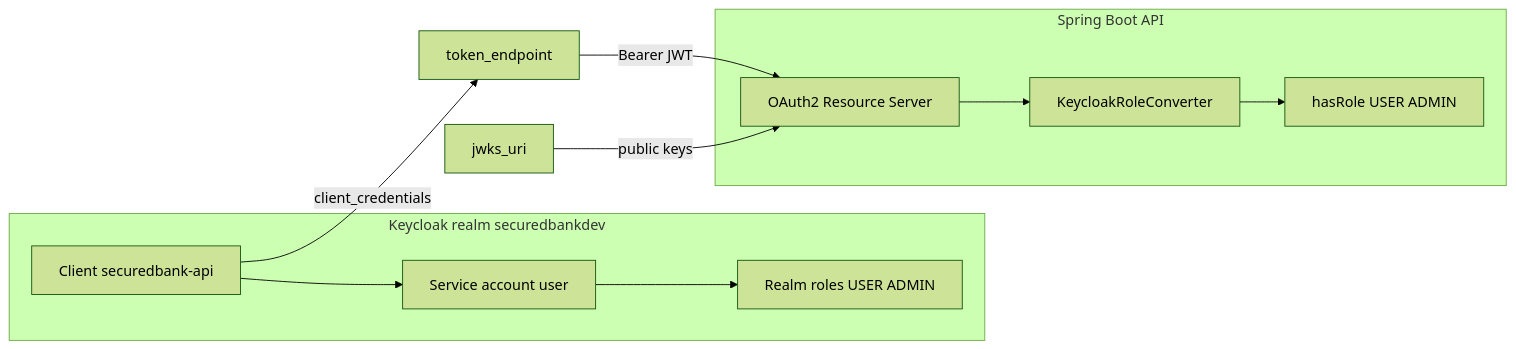
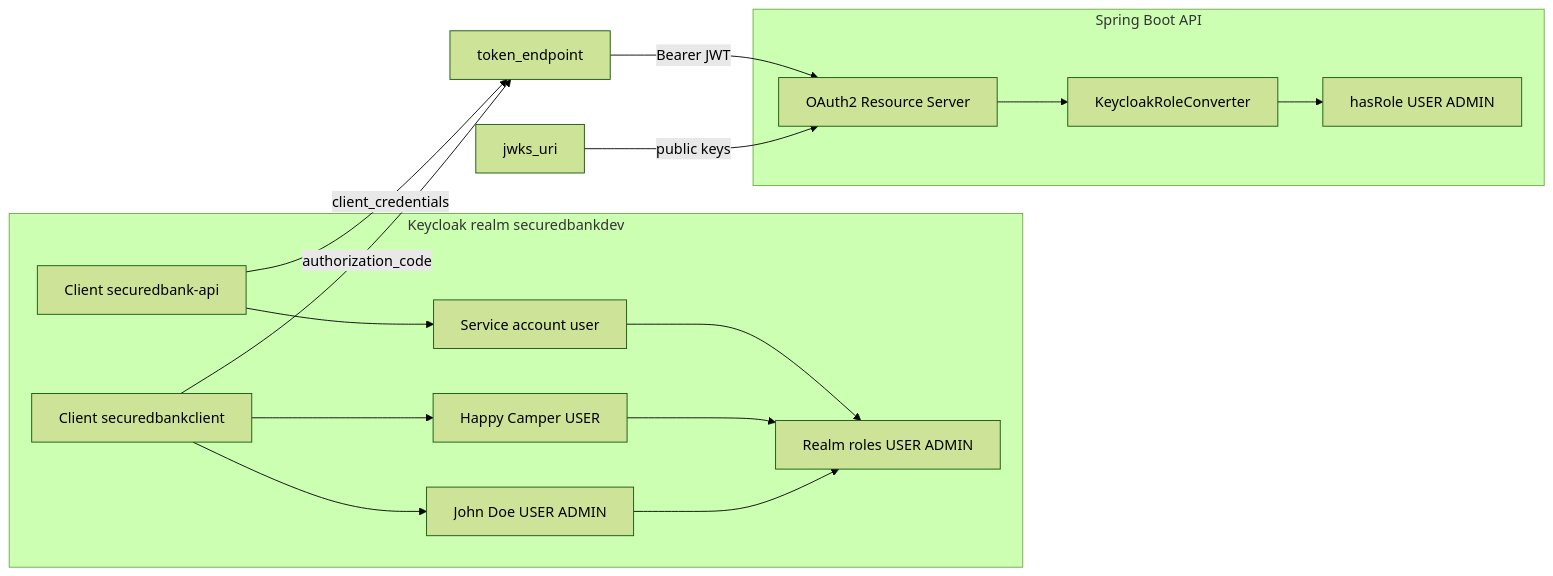
Before and after one commit to cham207388/secured-abc-bank: the diagram in README.md, drawn with Mermaid (forest theme). The commit also changed other lines of this file and 5 other files, not shown here.

First line of the commit message:
Add authorization-code client configuration and test users in Keycloak setup

````diff
--- a/README.md
+++ b/README.md
@@ -15,21 +15,29 @@
 ```mermaid
 flowchart LR
   subgraph keycloak [Keycloak realm securedbankdev]
-    Client[Client securedbank-api]
+    M2M[Client securedbank-api]
+    AuthCode[Client securedbankclient]
     SA[Service account user]
+    Happy[Happy Camper USER]
+    John[John Doe USER ADMIN]
     Roles[Realm roles USER ADMIN]
-    Client --> SA
+    M2M --> SA
     SA --> Roles
+    AuthCode --> Happy
+    AuthCode --> John
+    Happy --> Roles
+    John --> Roles
   end
 
   subgraph spring [Spring Boot API]
     RS[OAuth2 Resource Server]
     Conv[KeycloakRoleConverter]
     AuthZ[hasRole USER ADMIN]
     RS --> Conv --> AuthZ
   end
 
-  Client -->|client_credentials| Token[token_endpoint]
+  M2M -->|client_credentials| Token[token_endpoint]
+  AuthCode -->|authorization_code| Token
   Token -->|Bearer JWT| RS
   JWKS[jwks_uri] -->|public keys| RS
 ```
````
